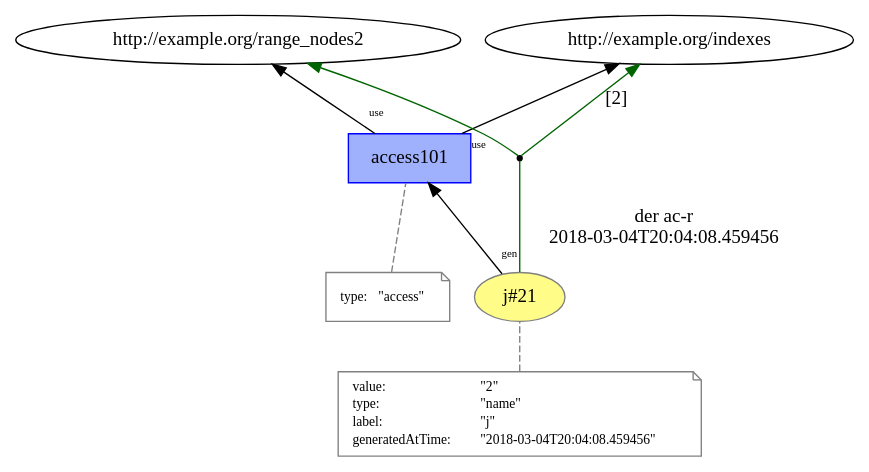
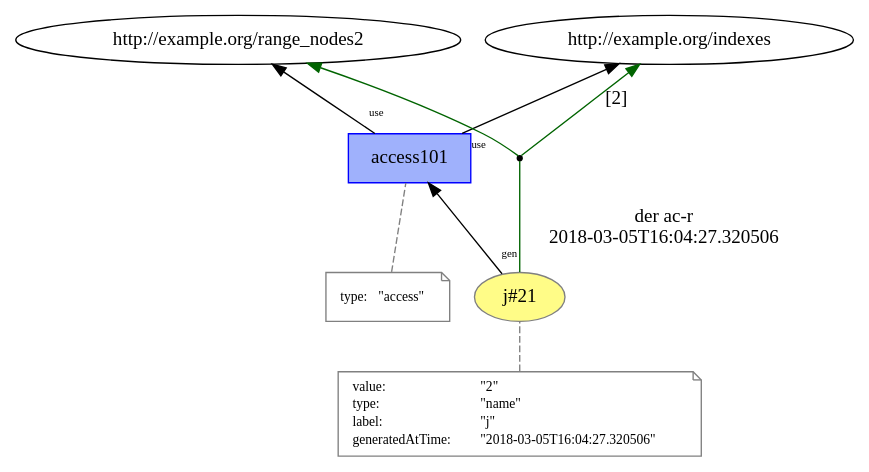
The diagram in images/versioned_prov/temp/L13__loop_access_21.dot (dew-uff/versioned-prov), drawn with Graphviz before and after one commit. The commit also changed 1735 other files, not shown here.

```diff
--- a/images/versioned_prov/temp/L13__loop_access_21.dot
+++ b/images/versioned_prov/temp/L13__loop_access_21.dot
@@ -1,38 +1,38 @@
 digraph "PROV" { size="16,12"; rankdir="BT";
 "http://example.org/j#21" [fillcolor="#FFFC87",color="#808080",style="filled",label="j#21",URL="http://example.org/j#21"]
 "-attrs0" [color="gray",shape="note",fontsize="10",fontcolor="black",label=<<TABLE cellpadding="0" border="0">
 	<TR>
 	    <TD align="left">value:</TD>
 	    <TD align="left">&quot;2&quot;</TD>
 	</TR>
 	<TR>
 	    <TD align="left">type:</TD>
 	    <TD align="left">&quot;name&quot;</TD>
 	</TR>
 	<TR>
 	    <TD align="left">label:</TD>
 	    <TD align="left">&quot;j&quot;</TD>
 	</TR>
 	<TR>
 	    <TD align="left">generatedAtTime:</TD>
-	    <TD align="left">&quot;2018-03-04T20:04:08.459456&quot;</TD>
+	    <TD align="left">&quot;2018-03-05T16:04:27.320506&quot;</TD>
 	</TR>
 </TABLE>>]
 "-attrs0" -> "http://example.org/j#21" [color="gray",style="dashed",arrowhead="none"]
 "http://example.org/access101" [fillcolor="#9FB1FC",color="#0000FF",shape="polygon",sides="4",style="filled",label="access101",URL="http://example.org/access101"]
 "-attrs1" [color="gray",shape="note",fontsize="10",fontcolor="black",label=<<TABLE cellpadding="0" border="0">
 	<TR>
 	    <TD align="left">type:</TD>
 	    <TD align="left">&quot;access&quot;</TD>
 	</TR>
 </TABLE>>]
 "-attrs1" -> "http://example.org/access101" [color="gray",style="dashed",arrowhead="none"]
 "http://example.org/access101" -> "http://example.org/range_nodes2" [labelfontsize="8",labeldistance="1.5",labelangle="60.0",rotation="20",taillabel="use"]
 "bn0" [shape="point",label=""]
-"http://example.org/j#21" -> "bn0" [arrowhead="none",color="darkgreen",label="der ac-r
-2018-03-04T20:04:08.459456"]
+"http://example.org/j#21" -> "bn0" [arrowhead="none",label="der ac-r
+2018-03-05T16:04:27.320506",color="darkgreen"]
 "bn0" -> "http://example.org/indexes" [labelfontsize="8",labeldistance="1.5",color="darkgreen",labelangle="60.0",rotation="20",label="[2]"]
 "bn0" -> "http://example.org/range_nodes2" [color="darkgreen"]
 "http://example.org/j#21" -> "http://example.org/access101" [labelfontsize="8",labeldistance="1.5",labelangle="60.0",rotation="20",taillabel="gen"]
 "http://example.org/access101" -> "http://example.org/indexes" [labelfontsize="8",labeldistance="1.5",labelangle="60.0",rotation="20",taillabel="use"]
 }
```
